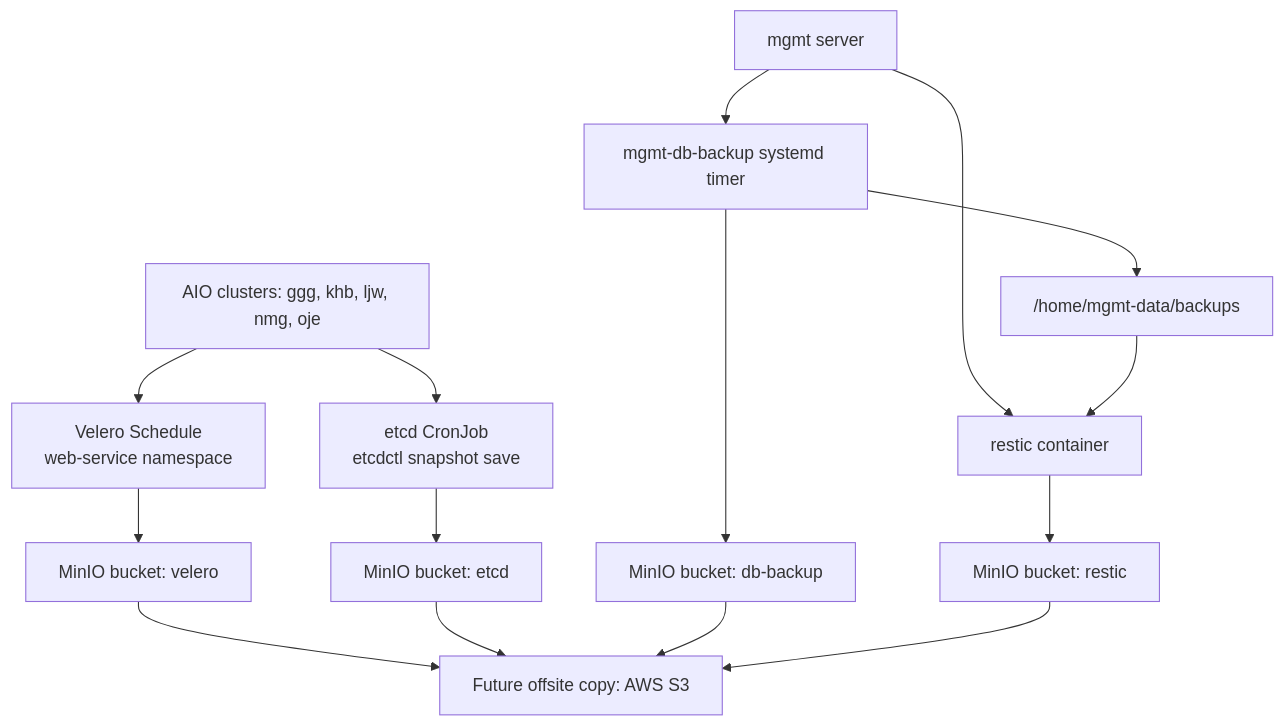
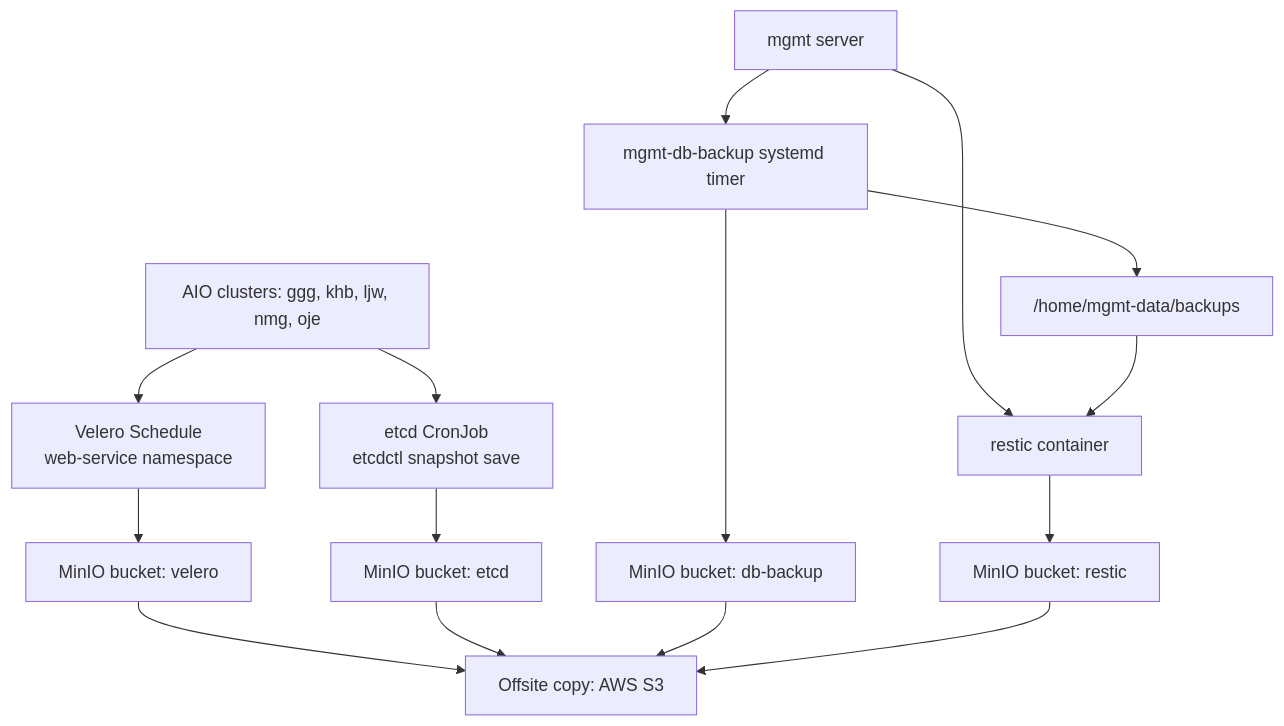
One commit to LeeJuwon96/portfolio changed the diagram in backup-presentation.md. Above: the diagram before and after it, drawn with Mermaid. The commit also changed other lines of this file and 4 other files, not shown here.

````diff
--- a/backup-presentation.md
+++ b/backup-presentation.md
@@ -43,19 +43,19 @@
 ```mermaid
 flowchart TD
   A["AIO clusters: ggg, khb, ljw, nmg, oje"] --> B["Velero Schedule<br/>web-service namespace"]
   A --> C["etcd CronJob<br/>etcdctl snapshot save"]
   D["mgmt server"] --> E["mgmt-db-backup systemd timer"]
   D --> F["restic container"]
 
   B --> G["MinIO bucket: velero"]
   C --> H["MinIO bucket: etcd"]
   E --> I["/home/mgmt-data/backups"]
   E --> J["MinIO bucket: db-backup"]
   F --> K["MinIO bucket: restic"]
 
   I --> F
-  G --> L["Future offsite copy: AWS S3"]
+  G --> L["Offsite copy: AWS S3"]
   H --> L
   J --> L
   K --> L
 ```
````
